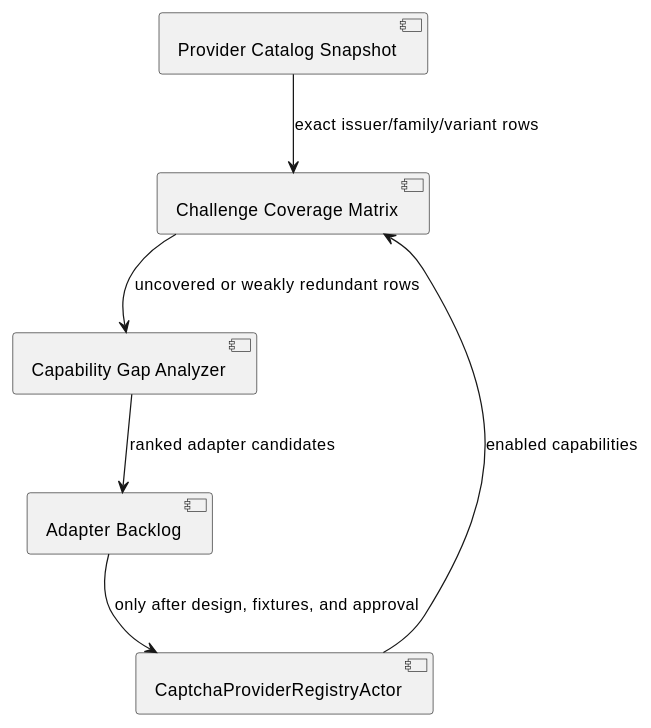
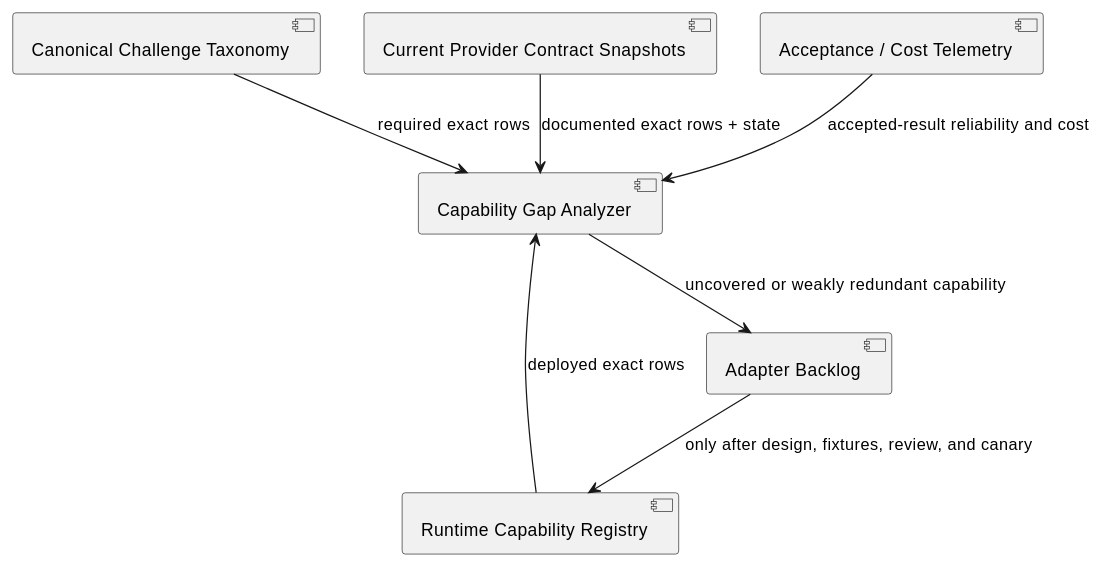
Before and after one commit to lost-rob0t/starintel-auto-research: the diagram in roam/research/starintel-pro-actors/STAR-PRO-RESEARCH-004-hcaptcha-provider-gap-audit.org, drawn with PlantUML. The commit also changed other lines of this file, not shown here.

Commit message:
correct global provider rejection in capability gap audit

```diff
--- a/roam/research/starintel-pro-actors/STAR-PRO-RESEARCH-004-hcaptcha-provider-gap-audit.org
+++ b/roam/research/starintel-pro-actors/STAR-PRO-RESEARCH-004-hcaptcha-provider-gap-audit.org
@@ -37,15 +39,17 @@
 #+begin_src plantuml
 @startuml
-component "Challenge Coverage Matrix" as Matrix
-component "Provider Catalog Snapshot" as Catalog
+component "Canonical Challenge Taxonomy" as Taxonomy
+component "Current Provider Contract Snapshots" as Contracts
+component "Runtime Capability Registry" as Registry
+component "Acceptance / Cost Telemetry" as Telemetry
 component "Capability Gap Analyzer" as Gap
 component "Adapter Backlog" as Backlog
-component "CaptchaProviderRegistryActor" as Registry
 
-Catalog --> Matrix : exact issuer/family/variant rows
-Registry --> Matrix : enabled capabilities
-Matrix --> Gap : uncovered or weakly redundant rows
-Gap --> Backlog : ranked adapter candidates
-Backlog --> Registry : only after design, fixtures, and approval
+Taxonomy --> Gap : required exact rows
+Contracts --> Gap : documented exact rows + state
+Registry --> Gap : deployed exact rows
+Telemetry --> Gap : accepted-result reliability and cost
+Gap --> Backlog : uncovered or weakly redundant capability
+Backlog --> Registry : only after design, fixtures, review, and canary
 @enduml
 #+end_src
```
